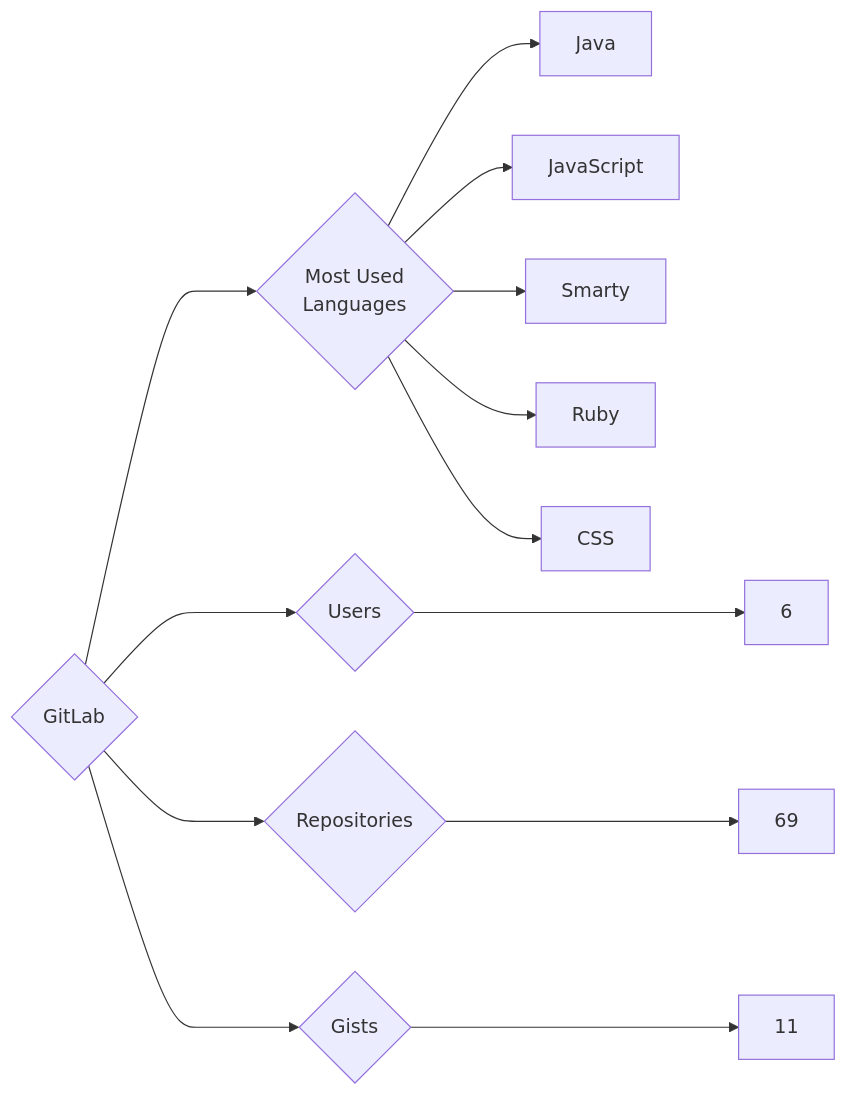
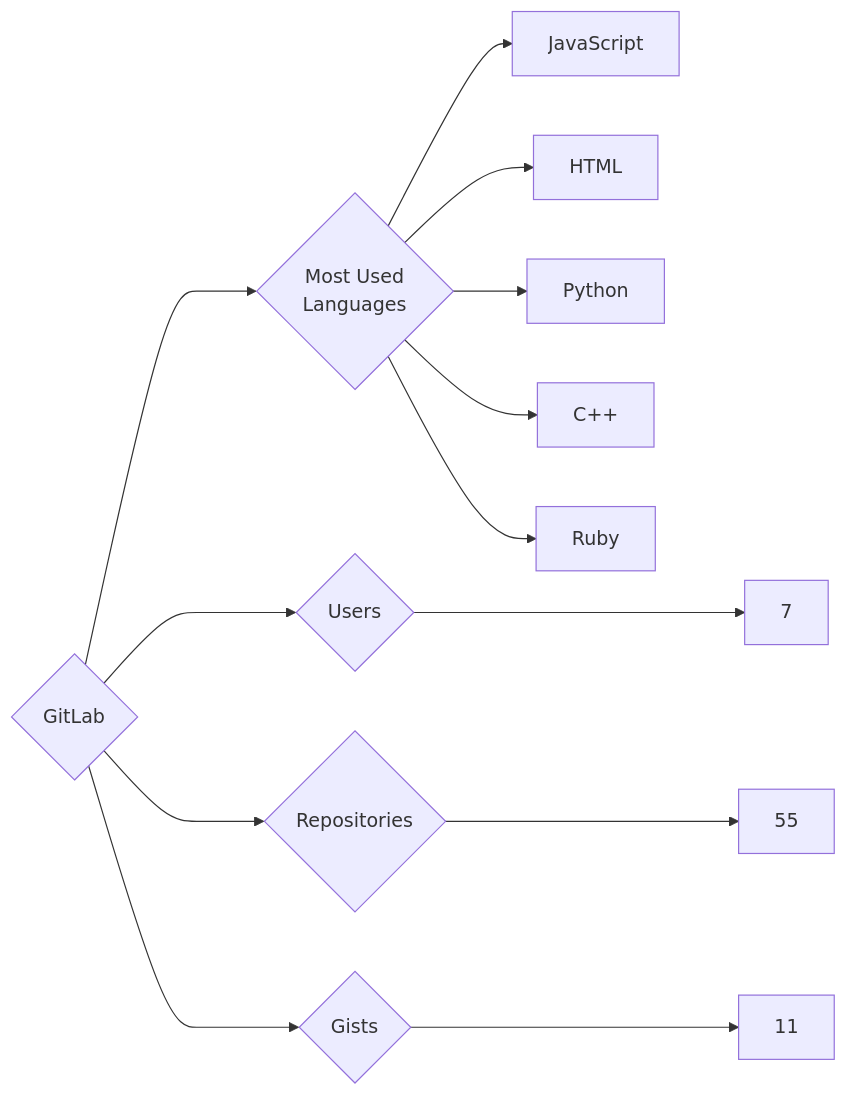
One commit to trickest/insiders changed the diagram in targets/GitLab/README.md. Above: the diagram before and after it, drawn with Mermaid. The commit also changed 1212 other files, not shown here.

````diff
--- a/targets/GitLab/README.md
+++ b/targets/GitLab/README.md
@@ -3,13 +3,13 @@
 ```mermaid
 graph LR
 COMPANY_NAME{GitLab}
-COMPANY_NAME ---> U{Users} ---> UN[6]
-COMPANY_NAME ---> R{Repositories} ---> RN[69]
+COMPANY_NAME ---> U{Users} ---> UN[7]
+COMPANY_NAME ---> R{Repositories} ---> RN[55]
 COMPANY_NAME ---> G{Gists} ---> GN[11]
 COMPANY_NAME ---> ML{Most Used<br>Languages}
-ML --> Java[Java]
 ML --> JavaScript[JavaScript]
-ML --> Smarty[Smarty]
+ML --> HTML[HTML]
+ML --> Python[Python]
+ML --> C++[C++]
 ML --> Ruby[Ruby]
-ML --> CSS[CSS]
 ```
````
